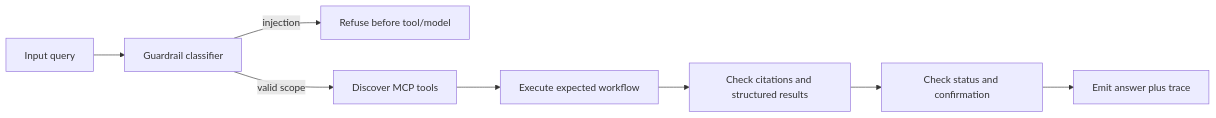
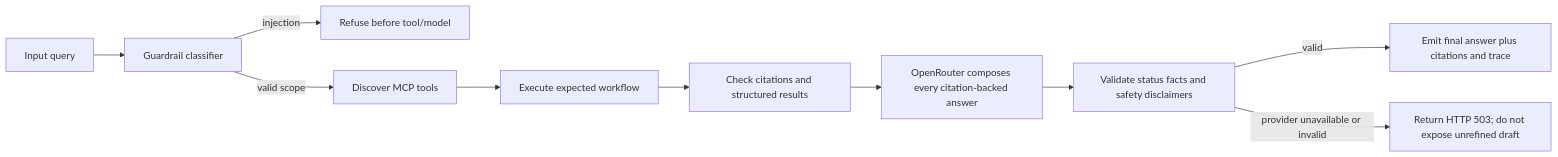
The diagram in docs/grader-ux-validation.md (MSAIE2027/Project-HR-Agent), drawn with Mermaid before and after one commit. The commit also changed other lines of this file and 74 other files, not shown here.

````diff
--- a/docs/grader-ux-validation.md
+++ b/docs/grader-ux-validation.md
@@ -7,10 +7,12 @@
 ```mermaid
 flowchart LR
   Q[Input query] --> G[Guardrail classifier]
   G -->|injection| R[Refuse before tool/model]
   G -->|valid scope| D[Discover MCP tools]
   D --> W[Execute expected workflow]
   W --> C[Check citations and structured results]
-  C --> S[Check status and confirmation]
-  S --> O[Emit answer plus trace]
+  C --> L[OpenRouter composes every citation-backed answer]
+  L --> V[Validate status facts and safety disclaimers]
+  V -->|valid| O[Emit final answer plus citations and trace]
+  V -->|provider unavailable or invalid| X[Return HTTP 503; do not expose unrefined draft]
 ```
````
